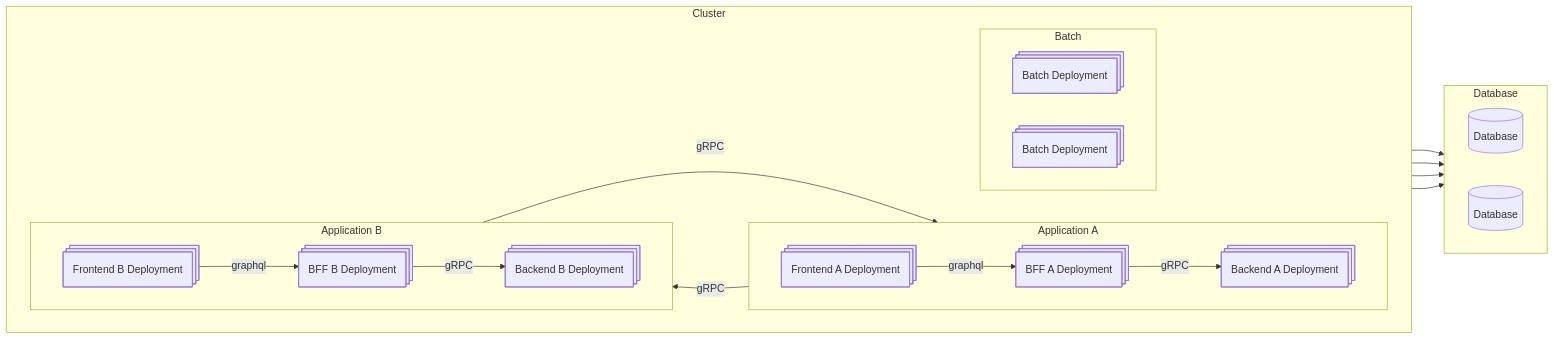
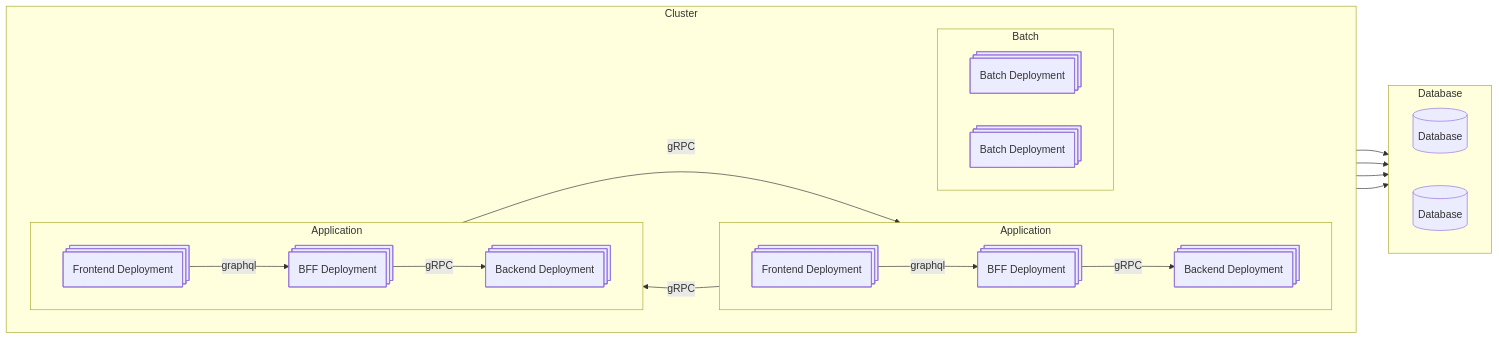
The third of 3 diagrams in daily_log/explanation_of_the_application_architecture.md (benggri/blog), drawn with Mermaid before and after one commit.

````diff
--- a/daily_log/explanation_of_the_application_architecture.md
+++ b/daily_log/explanation_of_the_application_architecture.md
@@ -83,40 +83,40 @@
 ```mermaid
 flowchart LR
     subgraph k8s[Cluster]
         direction LR
-        subgraph app1[Application A]
+        subgraph app1[Application]
             direction LR
-            FE1@{ shape: processes, label: "Frontend A Deployment" }
-            BFF1@{ shape: processes, label: "BFF A Deployment" }
-            BE1@{ shape: processes, label: "Backend A Deployment" }
+            FE1@{ shape: processes, label: "Frontend Deployment" }
+            BFF1@{ shape: processes, label: "BFF Deployment" }
+            BE1@{ shape: processes, label: "Backend Deployment" }
         end
-        subgraph app2[Application B]
+        subgraph app2[Application]
             direction LR
-            FE2@{ shape: processes, label: "Frontend B Deployment" }
-            BFF2@{ shape: processes, label: "BFF B Deployment" }
-            BE2@{ shape: processes, label: "Backend B Deployment" }
+            FE2@{ shape: processes, label: "Frontend Deployment" }
+            BFF2@{ shape: processes, label: "BFF Deployment" }
+            BE2@{ shape: processes, label: "Backend Deployment" }
         end
         subgraph bat[Batch]
             direction LR
             BAT1@{ shape: processes, label: "Batch Deployment" }
             BAT2@{ shape: processes, label: "Batch Deployment" }
         end
     end
     subgraph db[Database]
         direction LR
         DB1@{ shape: cyl, label: "Database" }
         DB2@{ shape: cyl, label: "Database" }
     end
 
     FE1 -->|graphql|BFF1
     FE2 -->|graphql|BFF2
     BFF1 -->|gRPC| BE1
     BFF1 -->|gRPC| BE2
     BFF2 -->|gRPC| BE1
     BFF2 -->|gRPC| BE2
     BE1 --> DB1
     BE2 --> DB2
     BAT1 --> DB1
     BAT2 --> DB2
   
 ```
````
